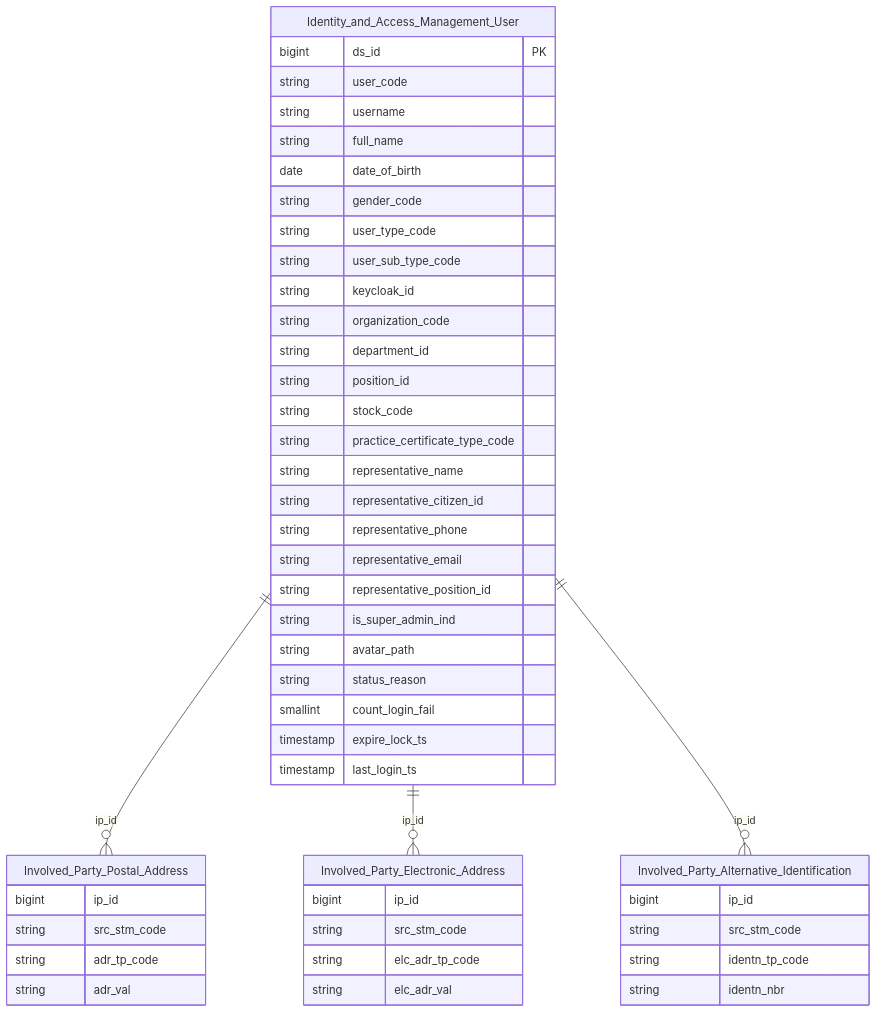
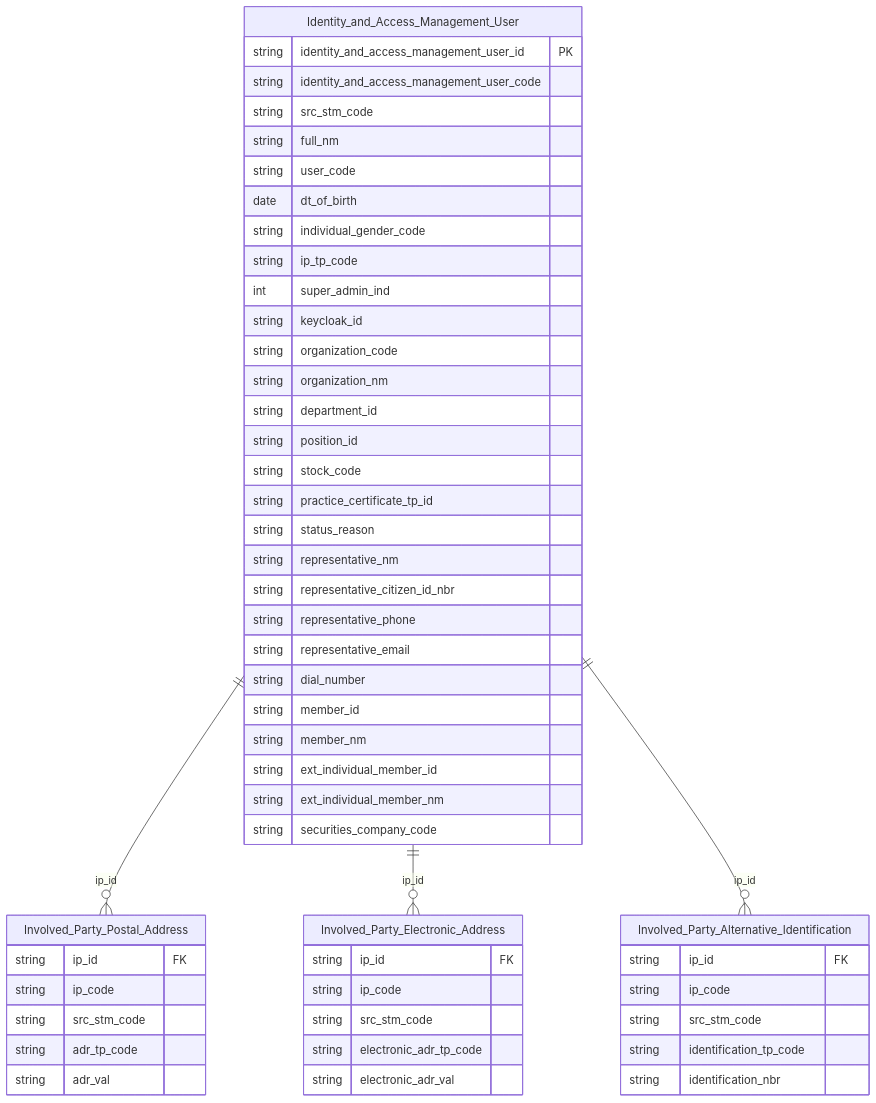
Before and after one commit to linhlvit/ubck_atomic_design: the second of 2 diagrams in DataModel/working/Atomic/hld/IAM_HLD_Overview.md, drawn with Mermaid. The commit also changed 96 other files, not shown here.

````diff
--- a/DataModel/working/Atomic/hld/IAM_HLD_Overview.md
+++ b/DataModel/working/Atomic/hld/IAM_HLD_Overview.md
@@ -65,55 +65,60 @@
 ```mermaid
 erDiagram
     Identity_and_Access_Management_User {
-        bigint ds_id PK
+        string identity_and_access_management_user_id PK
+        string identity_and_access_management_user_code
+        string src_stm_code
+        string full_nm
         string user_code
-        string username
-        string full_name
-        date date_of_birth
-        string gender_code
-        string user_type_code
-        string user_sub_type_code
+        date dt_of_birth
+        string individual_gender_code
+        string ip_tp_code
+        int super_admin_ind
         string keycloak_id
         string organization_code
+        string organization_nm
         string department_id
         string position_id
         string stock_code
-        string practice_certificate_type_code
-        string representative_name
-        string representative_citizen_id
+        string practice_certificate_tp_id
+        string status_reason
+        string representative_nm
+        string representative_citizen_id_nbr
         string representative_phone
         string representative_email
-        string representative_position_id
-        string is_super_admin_ind
-        string avatar_path
-        string status_reason
-        smallint count_login_fail
-        timestamp expire_lock_ts
-        timestamp last_login_ts
+        string dial_number
+        string member_id
+        string member_nm
+        string ext_individual_member_id
+        string ext_individual_member_nm
+        string securities_company_code
     }
 
     Involved_Party_Postal_Address {
-        bigint ip_id
+        string ip_id FK
+        string ip_code
         string src_stm_code
         string adr_tp_code
         string adr_val
     }
 
     Involved_Party_Electronic_Address {
-        bigint ip_id
+        string ip_id FK
+        string ip_code
         string src_stm_code
-        string elc_adr_tp_code
-        string elc_adr_val
+        string electronic_adr_tp_code
+        string electronic_adr_val
     }
 
     Involved_Party_Alternative_Identification {
-        bigint ip_id
+        string ip_id FK
+        string ip_code
         string src_stm_code
-        string identn_tp_code
-        string identn_nbr
+        string identification_tp_code
+        string identification_nbr
     }
 
     Identity_and_Access_Management_User ||--o{ Involved_Party_Postal_Address : "ip_id"
     Identity_and_Access_Management_User ||--o{ Involved_Party_Electronic_Address : "ip_id"
     Identity_and_Access_Management_User ||--o{ Involved_Party_Alternative_Identification : "ip_id"
 ```
````
